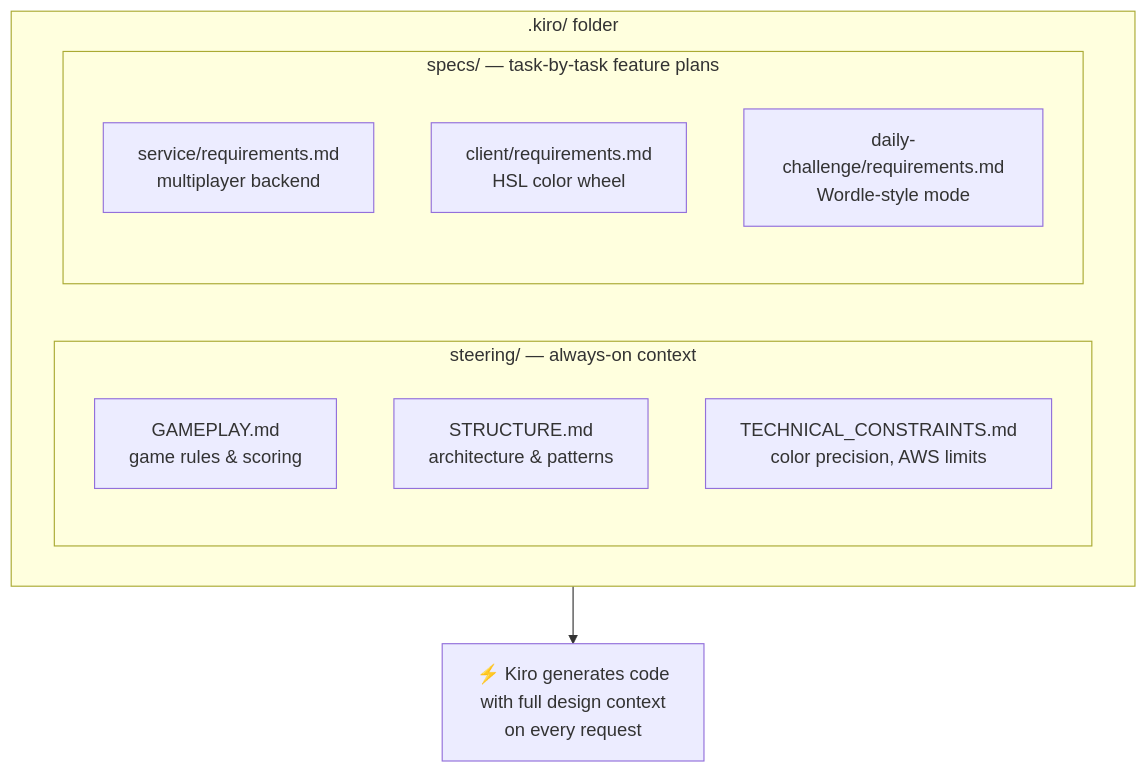
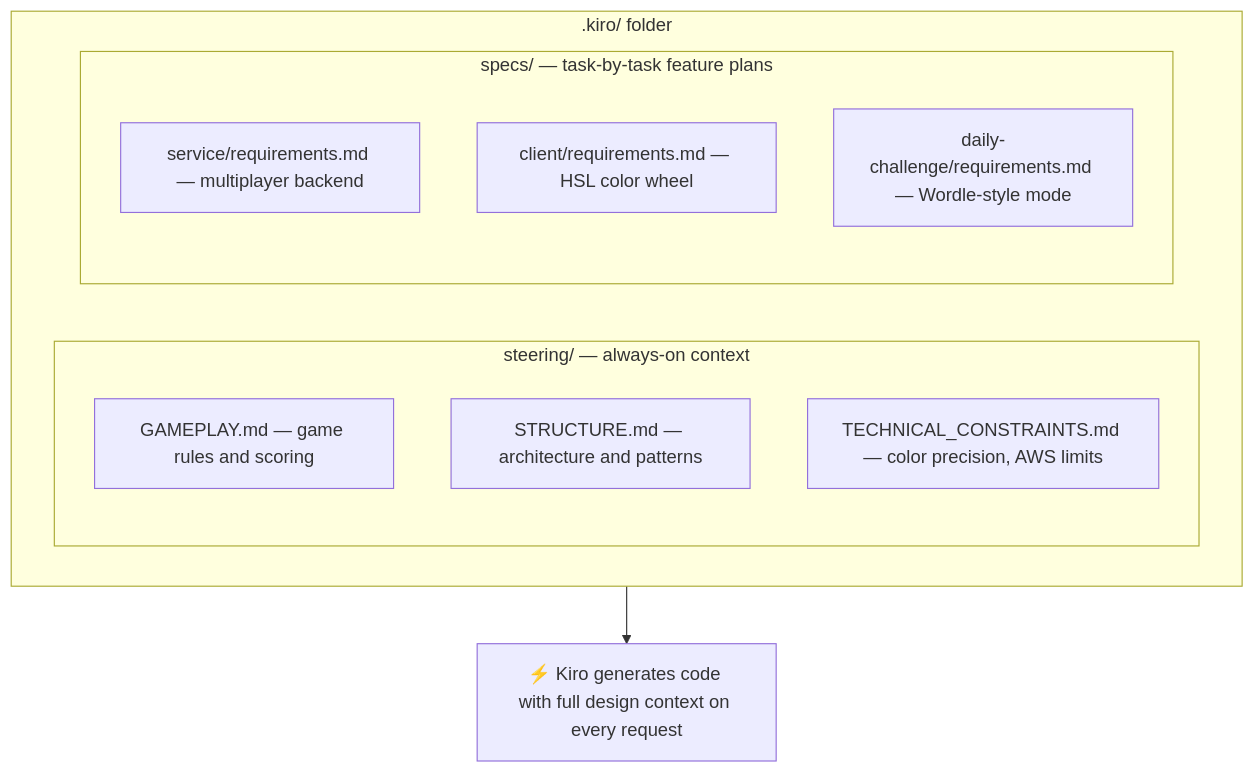
The seventh of 7 diagrams in docs/demo-guide.md (mcteamster/rgb), drawn with Mermaid before and after one commit. The commit also changed other lines of this file, not shown here.

Commit message:
docs: fix Mermaid line breaks, correct color wheel description, add bicone image

````diff
--- a/docs/demo-guide.md
+++ b/docs/demo-guide.md
@@ -126,17 +137,16 @@
 ```mermaid
 flowchart TD
   subgraph kiro[".kiro/ folder"]
     subgraph steering["steering/ — always-on context"]
-      G["GAMEPLAY.md\ngame rules & scoring"]
-      ST["STRUCTURE.md\narchitecture & patterns"]
-      TC["TECHNICAL_CONSTRAINTS.md\ncolor precision, AWS limits"]
+      G["GAMEPLAY.md — game rules and scoring"]
+      ST["STRUCTURE.md — architecture and patterns"]
+      TC["TECHNICAL_CONSTRAINTS.md — color precision, AWS limits"]
     end
     subgraph specs["specs/ — task-by-task feature plans"]
-      SR["service/requirements.md\nmultiplayer backend"]
-      CR["client/requirements.md\nHSL color wheel"]
-      DR["daily-challenge/requirements.md\nWordle-style mode"]
+      SR["service/requirements.md — multiplayer backend"]
+      CR["client/requirements.md — HSL color wheel"]
+      DR["daily-challenge/requirements.md — Wordle-style mode"]
     end
   end
-
-  kiro --> Gen["⚡ Kiro generates code\nwith full design context\non every request"]
+  kiro --> Gen["⚡ Kiro generates code with full design context on every request"]
 ```
````
